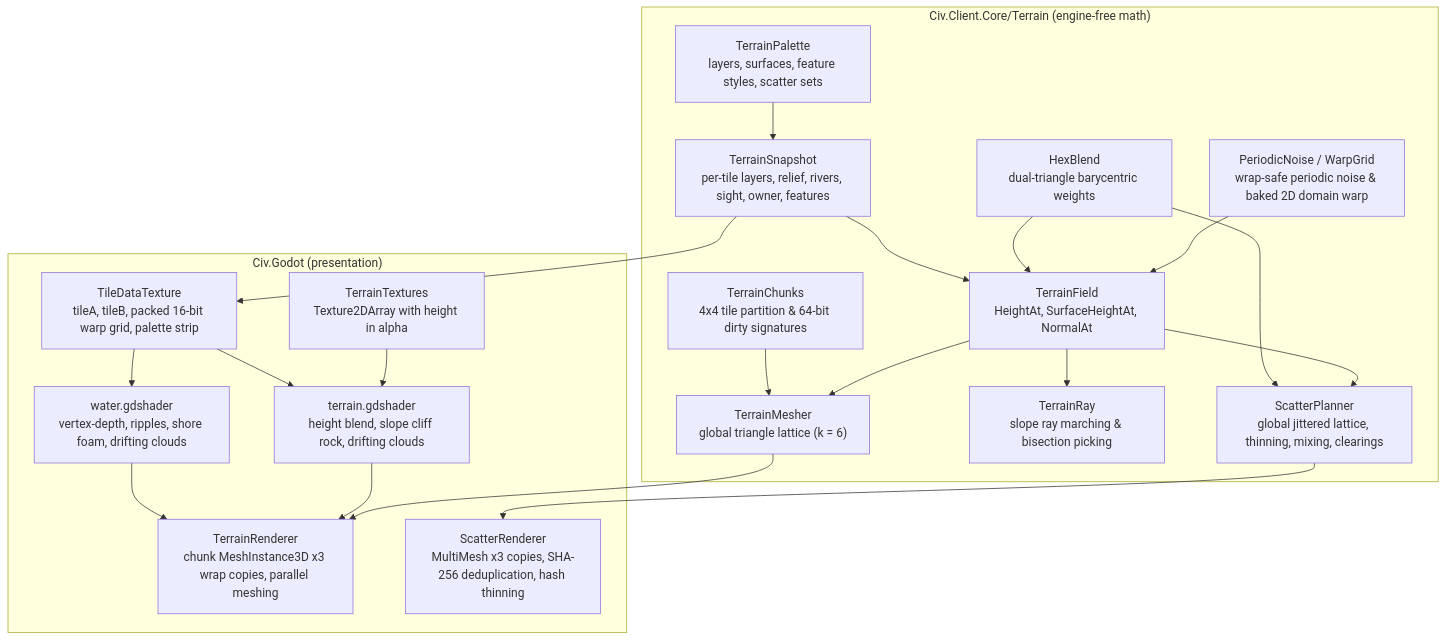
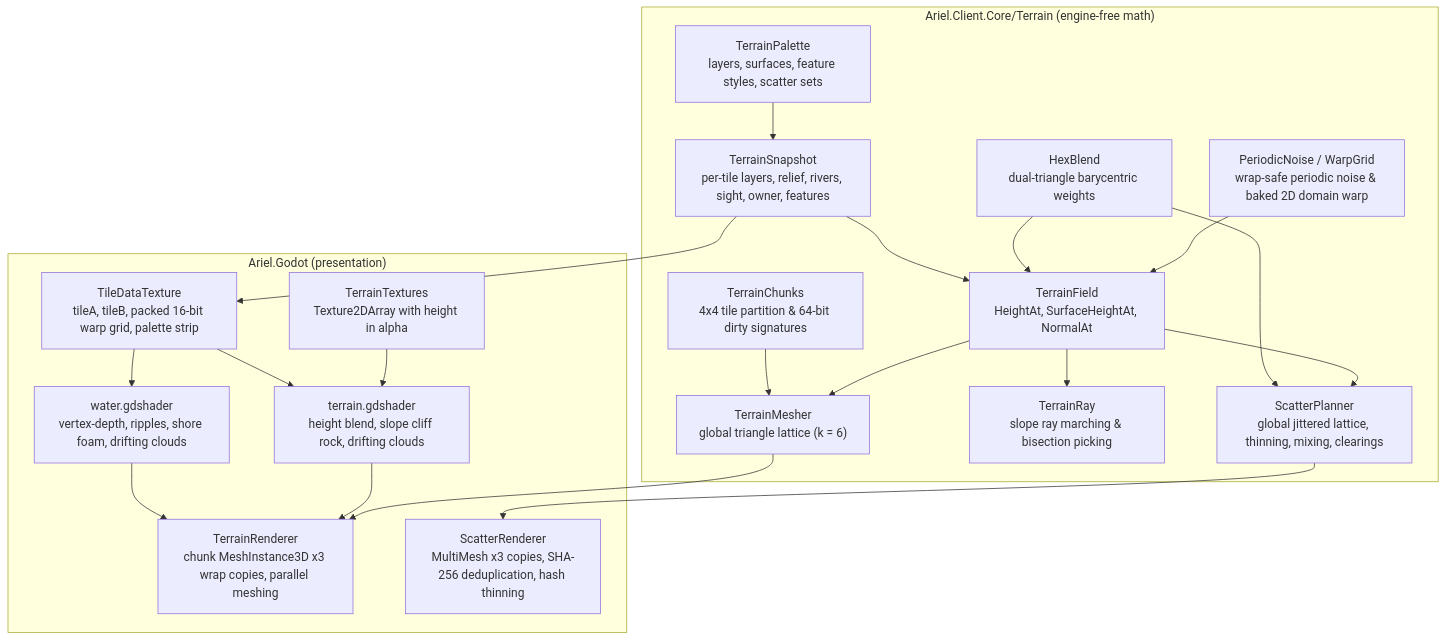
One commit to draxxris/civ changed the diagram in docs/DESIGN.md. Above: the diagram before and after it, drawn with Mermaid. The commit also changed other lines of this file and 1001 other files, not shown here.

````diff
--- a/docs/DESIGN.md
+++ b/docs/DESIGN.md
@@ -1402,39 +1402,39 @@
 ```mermaid
 flowchart TB
-    subgraph Core["Civ.Client.Core/Terrain (engine-free math)"]
+    subgraph Core["Ariel.Client.Core/Terrain (engine-free math)"]
         Noise["PeriodicNoise / WarpGrid<br/>wrap-safe periodic noise & baked 2D domain warp"]
         Blend["HexBlend<br/>dual-triangle barycentric weights"]
         Snap["TerrainSnapshot<br/>per-tile layers, relief, rivers, sight, owner, features"]
         Field["TerrainField<br/>HeightAt, SurfaceHeightAt, NormalAt"]
         Chunks["TerrainChunks<br/>4x4 tile partition & 64-bit dirty signatures"]
         Mesher["TerrainMesher<br/>global triangle lattice (k = 6)"]
         Ray["TerrainRay<br/>slope ray marching & bisection picking"]
         Palette["TerrainPalette<br/>layers, surfaces, feature styles, scatter sets"]
         Planner["ScatterPlanner<br/>global jittered lattice, thinning, mixing, clearings"]
     end
-    subgraph View["Civ.Godot (presentation)"]
+    subgraph View["Ariel.Godot (presentation)"]
         TR["TerrainRenderer<br/>chunk MeshInstance3D x3 wrap copies, parallel meshing"]
         TDT["TileDataTexture<br/>tileA, tileB, packed 16-bit warp grid, palette strip"]
         TT["TerrainTextures<br/>Texture2DArray with height in alpha"]
         TS["terrain.gdshader<br/>height blend, slope cliff rock, drifting clouds"]
         WS["water.gdshader<br/>vertex-depth, ripples, shore foam, drifting clouds"]
         SR["ScatterRenderer<br/>MultiMesh x3 copies, SHA-256 deduplication, hash thinning"]
     end
     Palette --> Snap
     Noise --> Field
     Blend --> Field
     Snap --> Field
     Field --> Mesher
     Chunks --> Mesher
     Field --> Ray
     Field --> Planner
     Blend --> Planner
     Snap --> TDT
     Mesher --> TR
     TT --> TS
     TDT --> TS
     TDT --> WS
     TS --> TR
     WS --> TR
     Planner --> SR
 ```
````
